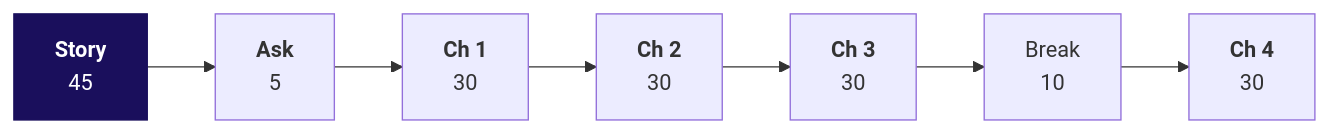
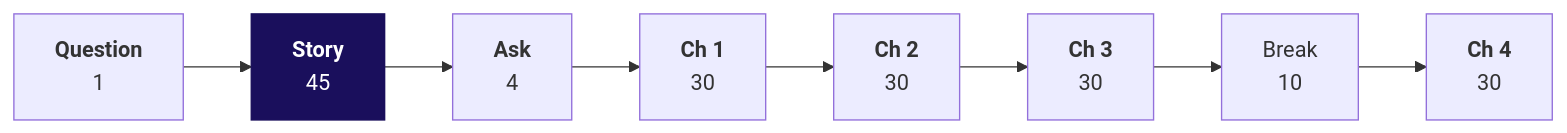
One commit to fde-academy-lab/c2-content-factory changed the first of 2 diagrams in content/W01/D1/trainer/C2_W01_D01_day_sheet_TRAINER.md. Above: the diagram before and after it, drawn with Mermaid. The commit also changed other lines of this file, not shown here.

First line of the commit message:
W01 D1 day sheet and companions to v3: the question ladder at the top of the day sheet, question headings, the consumer view by its segment rule in the simulator and the workbook, no consumer-view counts in any learner string

````diff
--- a/content/W01/D1/trainer/C2_W01_D01_day_sheet_TRAINER.md
+++ b/content/W01/D1/trainer/C2_W01_D01_day_sheet_TRAINER.md
@@ -215,6 +216,6 @@
 ```mermaid
 flowchart LR
-    S["<b>Story</b><br/>45"] --> A["<b>Ask</b><br/>5"] --> C1["<b>Ch 1</b><br/>30"] --> C2["<b>Ch 2</b><br/>30"] --> C3["<b>Ch 3</b><br/>30"] --> B["Break<br/>10"] --> C4["<b>Ch 4</b><br/>30"]
+    Q["<b>Question</b><br/>1"] --> S["<b>Story</b><br/>45"] --> A["<b>Ask</b><br/>4"] --> C1["<b>Ch 1</b><br/>30"] --> C2["<b>Ch 2</b><br/>30"] --> C3["<b>Ch 3</b><br/>30"] --> B["Break<br/>10"] --> C4["<b>Ch 4</b><br/>30"]
     classDef core fill:#1A0F5C,stroke:#1A0F5C,color:#FFFFFF
     class S core
 ```
````
